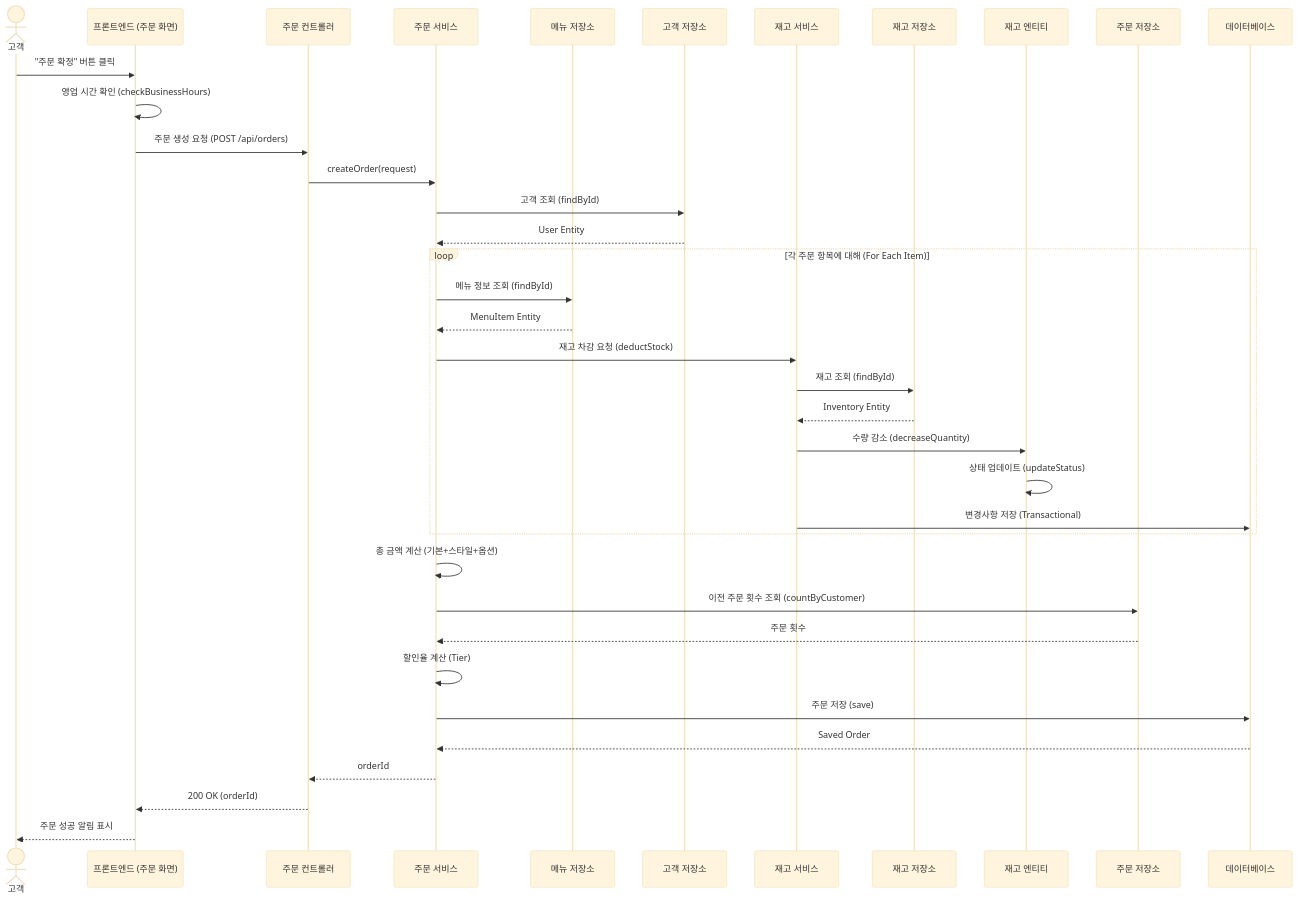
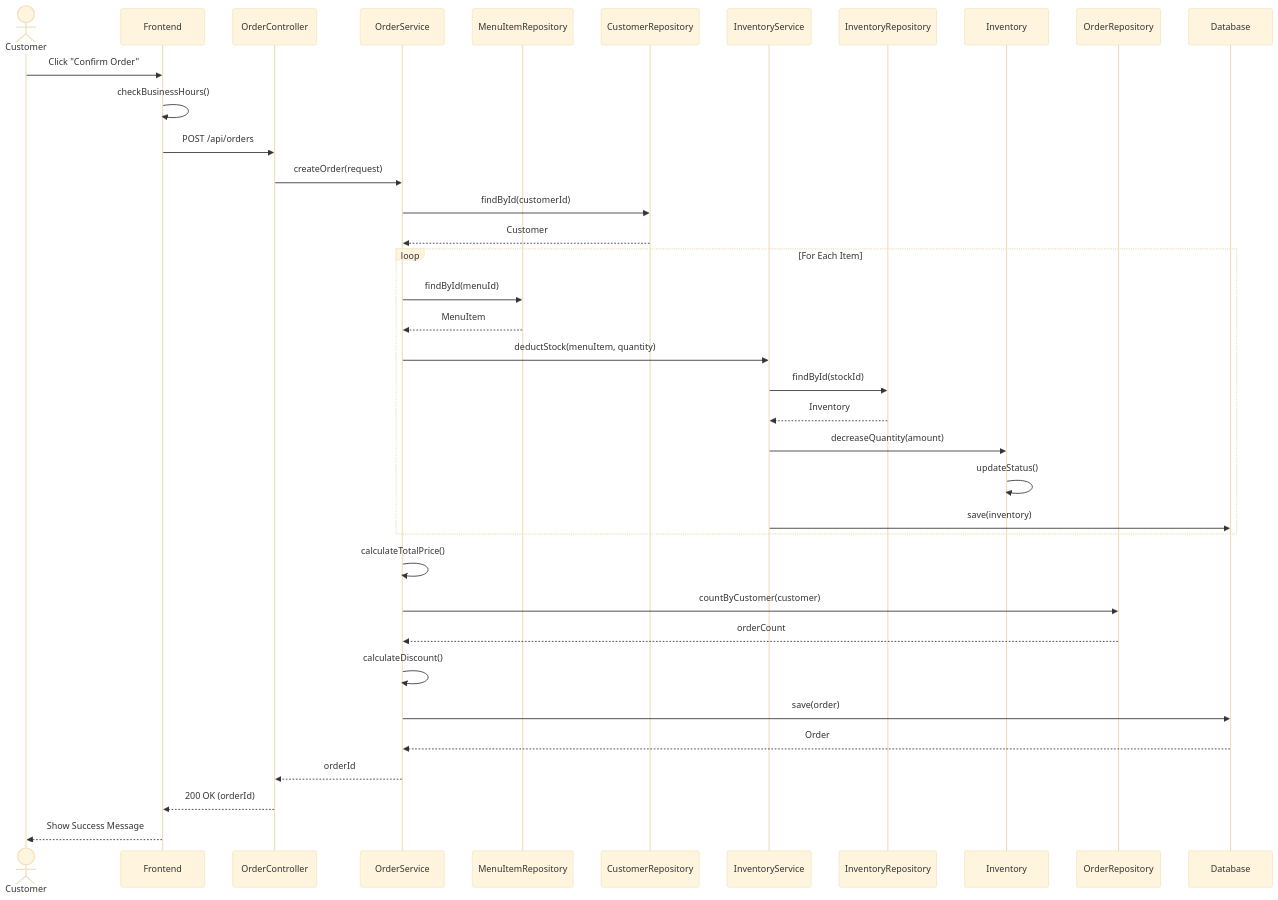
The third of 8 diagrams in docs/시퀀스_다이어그램.md (bobbobbob1010/SoftwareEngineering), drawn with Mermaid (base theme) before and after one commit. The commit also changed other lines of this file, not shown here.

````diff
--- a/docs/시퀀스_다이어그램.md
+++ b/docs/시퀀스_다이어그램.md
@@ -52,44 +52,44 @@
 ```mermaid
 sequenceDiagram
-    actor Customer as 고객
-    participant Frontend as 프론트엔드 (주문 화면)
-    participant OrderController as 주문 컨트롤러
-    participant OrderService as 주문 서비스
-    participant MenuItemRepository as 메뉴 저장소
-    participant CustomerRepository as 고객 저장소
-    participant InventoryService as 재고 서비스
-    participant InventoryRepository as 재고 저장소
-    participant InventoryEntity as 재고 엔티티
-    participant OrderRepository as 주문 저장소
-    participant Database as 데이터베이스
+    actor Customer
+    participant Frontend
+    participant OrderController
+    participant OrderService
+    participant MenuItemRepository
+    participant CustomerRepository
+    participant InventoryService
+    participant InventoryRepository
+    participant Inventory
+    participant OrderRepository
+    participant Database
 
-    Customer->>Frontend: "주문 확정" 버튼 클릭
-    Frontend->>Frontend: 영업 시간 확인 (checkBusinessHours)
-    Frontend->>OrderController: 주문 생성 요청 (POST /api/orders)
+    Customer->>Frontend: Click "Confirm Order"
+    Frontend->>Frontend: checkBusinessHours()
+    Frontend->>OrderController: POST /api/orders
     OrderController->>OrderService: createOrder(request)
     
-    OrderService->>CustomerRepository: 고객 조회 (findById)
-    CustomerRepository-->>OrderService: User Entity
+    OrderService->>CustomerRepository: findById(customerId)
+    CustomerRepository-->>OrderService: Customer
 
-    loop 각 주문 항목에 대해 (For Each Item)
-        OrderService->>MenuItemRepository: 메뉴 정보 조회 (findById)
-        MenuItemRepository-->>OrderService: MenuItem Entity
-        OrderService->>InventoryService: 재고 차감 요청 (deductStock)
-        InventoryService->>InventoryRepository: 재고 조회 (findById)
-        InventoryRepository-->>InventoryService: Inventory Entity
-        InventoryService->>InventoryEntity: 수량 감소 (decreaseQuantity)
-        InventoryEntity->>InventoryEntity: 상태 업데이트 (updateStatus)
-        InventoryService->>Database: 변경사항 저장 (Transactional)
+    loop For Each Item
+        OrderService->>MenuItemRepository: findById(menuId)
+        MenuItemRepository-->>OrderService: MenuItem
+        OrderService->>InventoryService: deductStock(menuItem, quantity)
+        InventoryService->>InventoryRepository: findById(stockId)
+        InventoryRepository-->>InventoryService: Inventory
+        InventoryService->>Inventory: decreaseQuantity(amount)
+        Inventory->>Inventory: updateStatus()
+        InventoryService->>Database: save(inventory)
     end
 
-    OrderService->>OrderService: 총 금액 계산 (기본+스타일+옵션)
-    OrderService->>OrderRepository: 이전 주문 횟수 조회 (countByCustomer)
-    OrderRepository-->>OrderService: 주문 횟수
-    OrderService->>OrderService: 할인율 계산 (Tier)
+    OrderService->>OrderService: calculateTotalPrice()
+    OrderService->>OrderRepository: countByCustomer(customer)
+    OrderRepository-->>OrderService: orderCount
+    OrderService->>OrderService: calculateDiscount()
 
-    OrderService->>Database: 주문 저장 (save)
-    Database-->>OrderService: Saved Order
+    OrderService->>Database: save(order)
+    Database-->>OrderService: Order
     OrderService-->>OrderController: orderId
     OrderController-->>Frontend: 200 OK (orderId)
-    Frontend-->>Customer: 주문 성공 알림 표시
+    Frontend-->>Customer: Show Success Message
 ```
````
